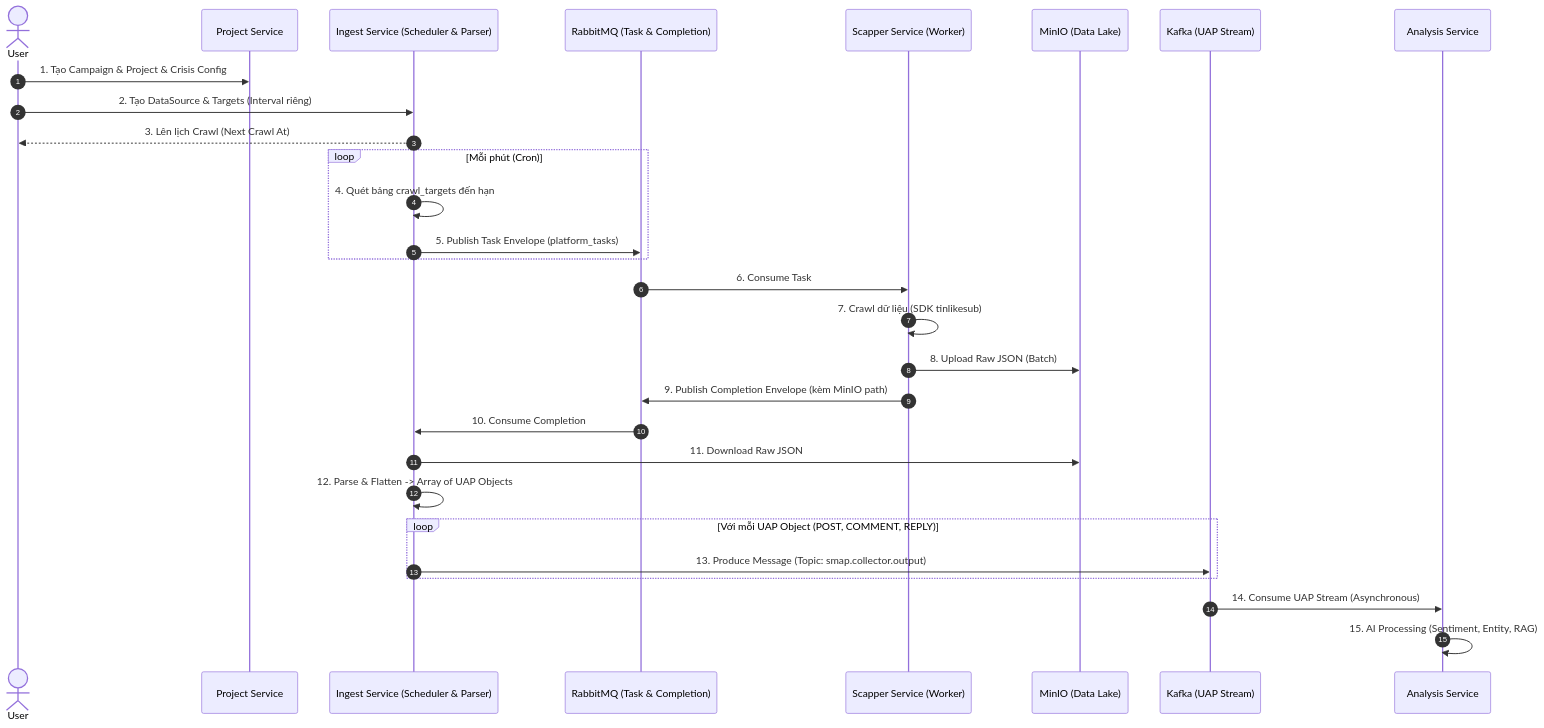
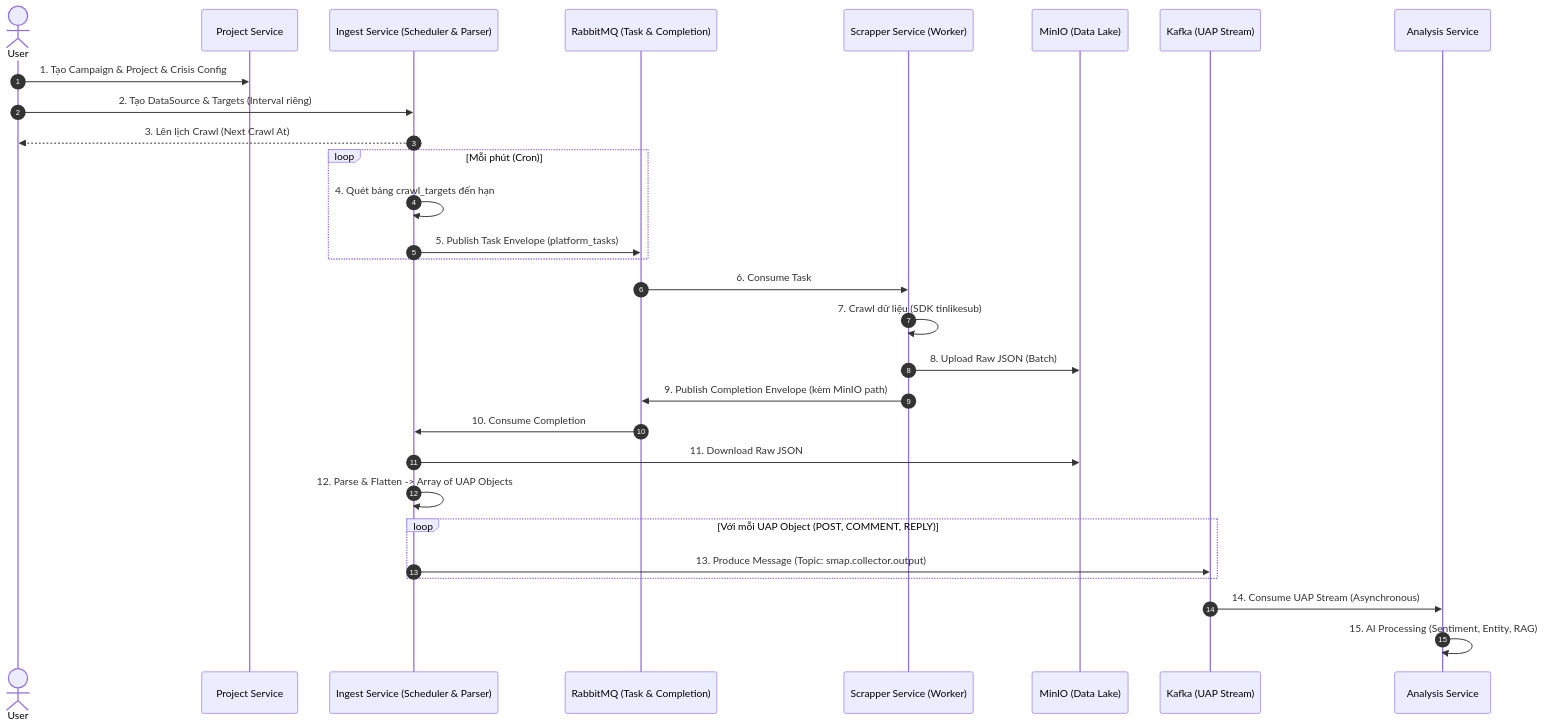
The third of 3 diagrams in documents/phong_tmp/old_docs/ingest/report_ingest.md (smap-hcmut/report), drawn with Mermaid before and after one commit. The commit also changed other lines of this file and 62 other files, not shown here.

````diff
--- a/documents/phong_tmp/old_docs/ingest/report_ingest.md
+++ b/documents/phong_tmp/old_docs/ingest/report_ingest.md
@@ -122,43 +122,43 @@
 ```mermaid
 sequenceDiagram
     autonumber
     actor User
     participant ProjectSrv as Project Service
     participant IngestSrv as Ingest Service (Scheduler & Parser)
     participant RMQ as RabbitMQ (Task & Completion)
-    participant ScapperSrv as Scapper Service (Worker)
+    participant ScrapperSrv as Scrapper Service (Worker)
     participant MinIO as MinIO (Data Lake)
     participant Kafka as Kafka (UAP Stream)
     participant AnalysisSrv as Analysis Service
 
     %% Onboarding Flow
     User->>ProjectSrv: 1. Tạo Campaign & Project & Crisis Config
     User->>IngestSrv: 2. Tạo DataSource & Targets (Interval riêng)
     IngestSrv-->>User: 3. Lên lịch Crawl (Next Crawl At)
 
     %% Dispatching Flow
     loop Mỗi phút (Cron)
         IngestSrv->>IngestSrv: 4. Quét bảng crawl_targets đến hạn
         IngestSrv->>RMQ: 5. Publish Task Envelope (platform_tasks)
     end
 
     %% Crawling & Data Handoff
-    RMQ->>ScapperSrv: 6. Consume Task
-    ScapperSrv->>ScapperSrv: 7. Crawl dữ liệu (SDK tinlikesub)
-    ScapperSrv->>MinIO: 8. Upload Raw JSON (Batch)
-    ScapperSrv->>RMQ: 9. Publish Completion Envelope (kèm MinIO path)
+    RMQ->>ScrapperSrv: 6. Consume Task
+    ScrapperSrv->>ScrapperSrv: 7. Crawl dữ liệu (SDK tinlikesub)
+    ScrapperSrv->>MinIO: 8. Upload Raw JSON (Batch)
+    ScrapperSrv->>RMQ: 9. Publish Completion Envelope (kèm MinIO path)
 
     %% Ingestion, Normalization & Distribution
     RMQ->>IngestSrv: 10. Consume Completion
     IngestSrv->>MinIO: 11. Download Raw JSON
     IngestSrv->>IngestSrv: 12. Parse & Flatten -> Array of UAP Objects
     
     %% Kafka Integration
     loop Với mỗi UAP Object (POST, COMMENT, REPLY)
         IngestSrv->>Kafka: 13. Produce Message (Topic: smap.collector.output)
     end
     
     %% Analysis
     Kafka->>AnalysisSrv: 14. Consume UAP Stream (Asynchronous)
     AnalysisSrv->>AnalysisSrv: 15. AI Processing (Sentiment, Entity, RAG)
 ```
````
